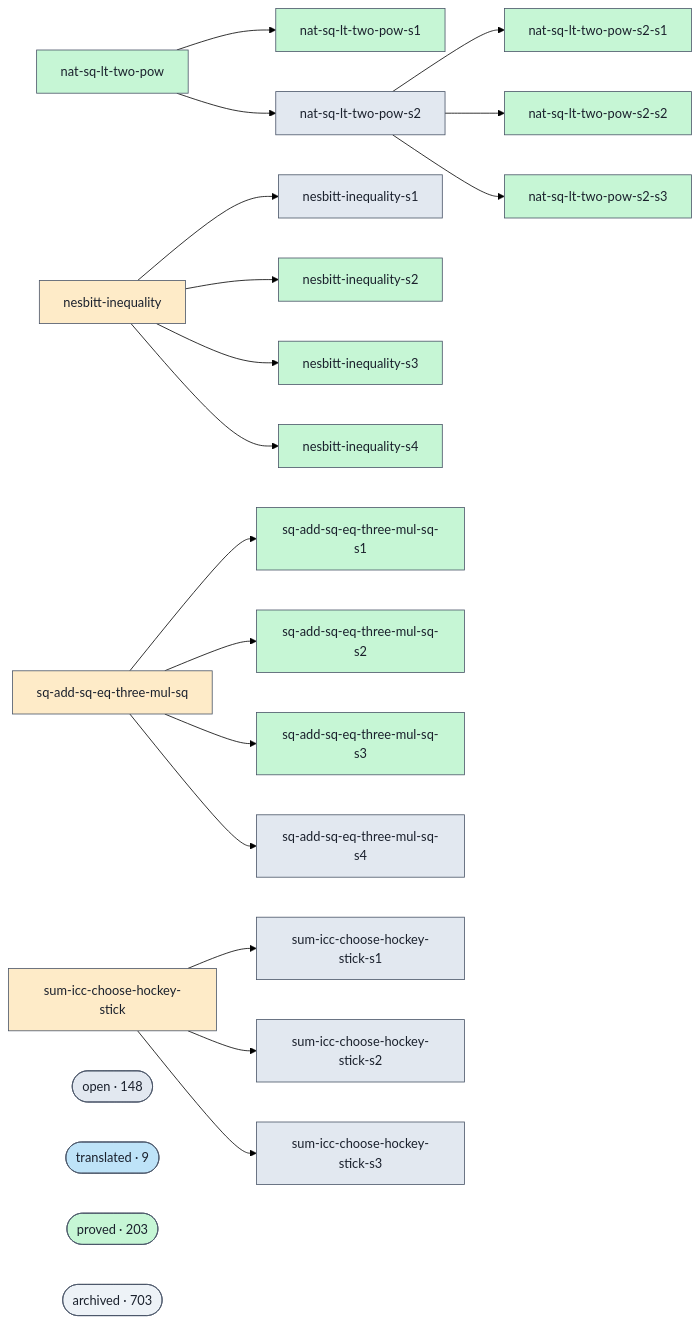
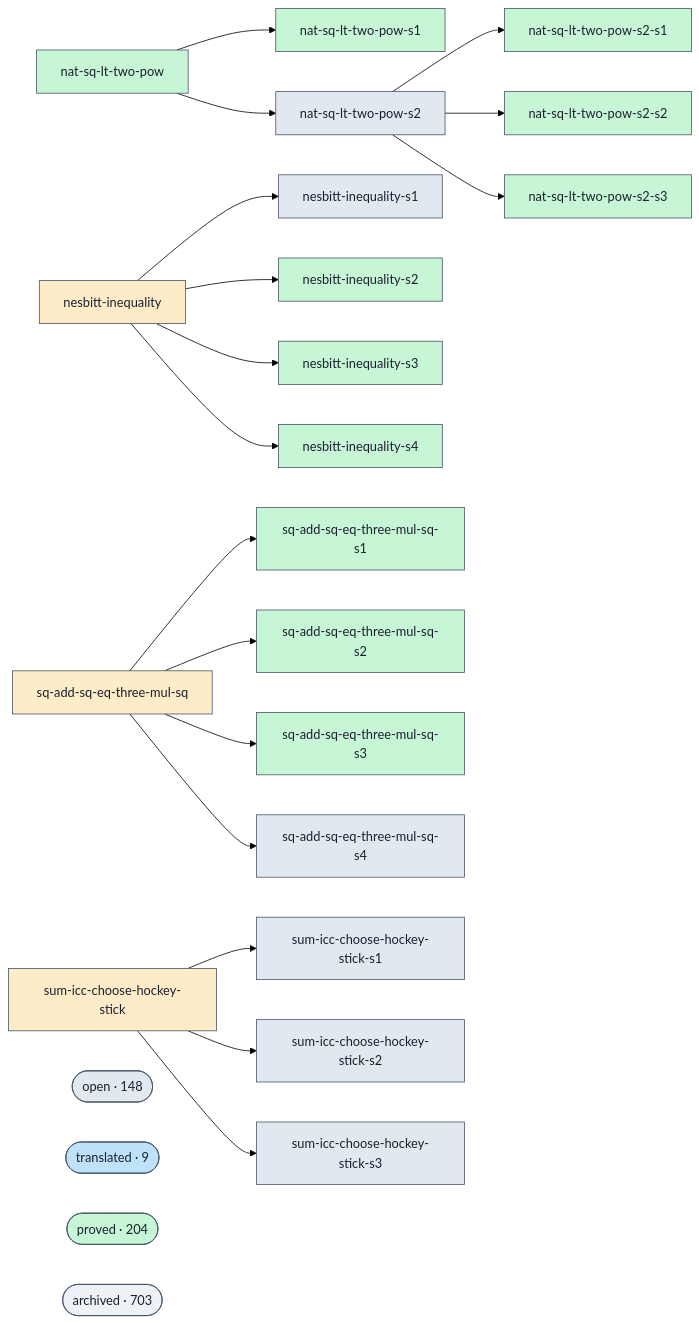
Before and after one commit to ohdearquant/unsorry: the diagram in docs/proofs-contributors-visualisation.md, drawn with Mermaid (forest theme). The commit also changed other lines of this file and 2 other files, not shown here.

```diff
--- a/docs/proofs-contributors-visualisation.md
+++ b/docs/proofs-contributors-visualisation.md
@@ -102,7 +102,7 @@
   class cluster_open open;
   cluster_translated(["translated · 9"])
   class cluster_translated translated;
-  cluster_proved(["proved · 203"])
+  cluster_proved(["proved · 204"])
   class cluster_proved proved;
   cluster_archived(["archived · 703"])
   class cluster_archived unknown;
```
